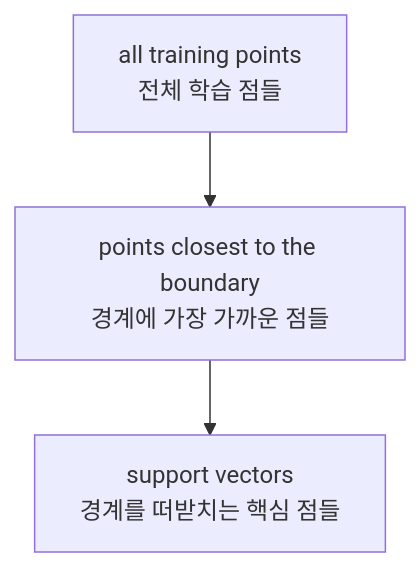
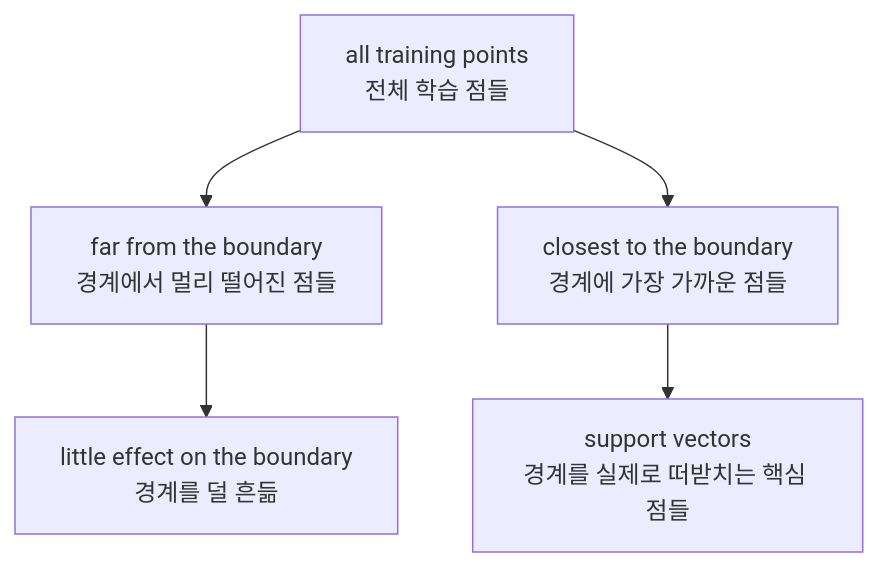
The second of 6 diagrams in docs/parts/part-04/chapter-13/section-01.md (devchan64/AiBook), drawn with Mermaid before and after one commit. The commit also changed other lines of this file and 1 other file, not shown here.

Commit message:
Revise P4-13.1 SVM intuition diagrams

````diff
--- a/docs/parts/part-04/chapter-13/section-01.md
+++ b/docs/parts/part-04/chapter-13/section-01.md
@@ -194,8 +195,11 @@
 ```mermaid
 flowchart TD
   A["all training points<br/>전체 학습 점들"]
-  B["points closest to the boundary<br/>경계에 가장 가까운 점들"]
-  C["support vectors<br/>경계를 떠받치는 핵심 점들"]
+  B["far from the boundary<br/>경계에서 멀리 떨어진 점들"]
+  C["closest to the boundary<br/>경계에 가장 가까운 점들"]
+  D["little effect on the boundary<br/>경계를 덜 흔듦"]
+  E["support vectors<br/>경계를 실제로 떠받치는 핵심 점들"]
 
-  A --> B --> C
+  A --> B --> D
+  A --> C --> E
 ```
````
